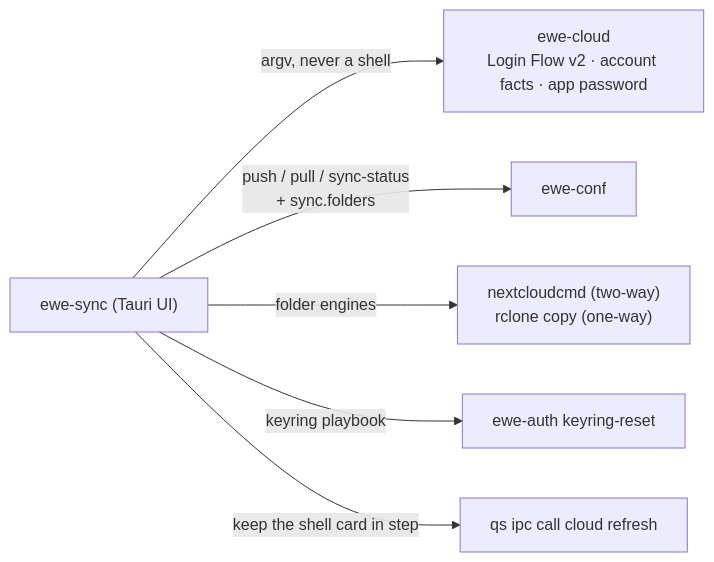
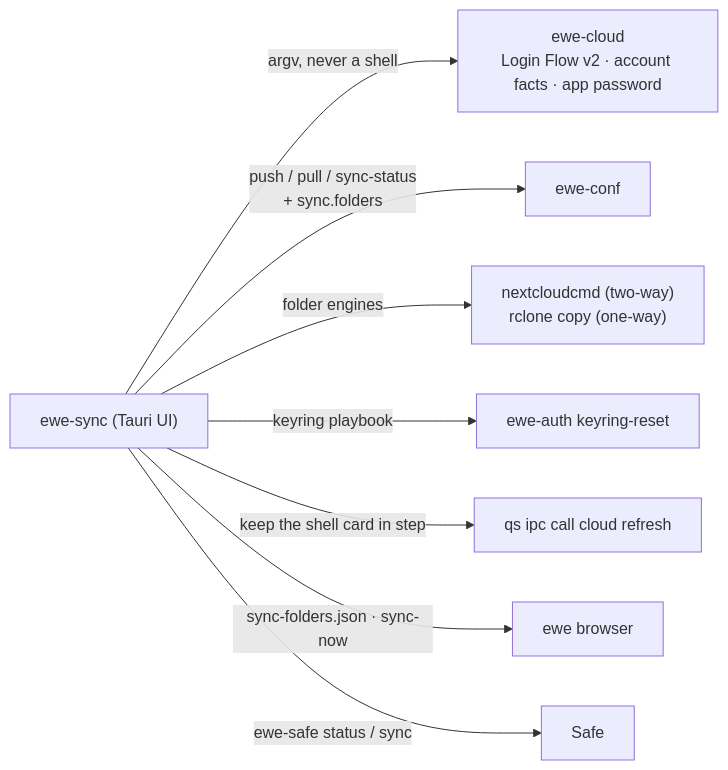
Before and after one commit to prj786/ewe-map: the diagram in 03-Components/ewe-sync.md, drawn with Mermaid. The commit also changed other lines of this file and 16 other files, not shown here.

First line of the commit message:
docs: sign in once, everything follows — ewe-sync 0.15, ewe browser 0.6, ewe 0.37, ewe-os 0.15

````diff
--- a/03-Components/ewe-sync.md
+++ b/03-Components/ewe-sync.md
@@ -46,8 +50,10 @@
 ```mermaid
 flowchart LR
     SY["ewe-sync (Tauri UI)"] -->|"argv, never a shell"| CLOUD["ewe-cloud<br/>Login Flow v2 · account facts · app password"]
     SY -->|"push / pull / sync-status<br/>+ sync.folders"| CONF["ewe-conf"]
     SY -->|"folder engines"| NCC["nextcloudcmd (two-way)<br/>rclone copy (one-way)"]
     SY -->|"keyring playbook"| AUTH["ewe-auth keyring-reset"]
     SY -->|"keep the shell card in step"| QS["qs ipc call cloud refresh"]
+    SY -->|"sync-folders.json · sync-now"| BR["ewe browser"]
+    SY -->|"ewe-safe status / sync"| SF["Safe"]
 ```
````
